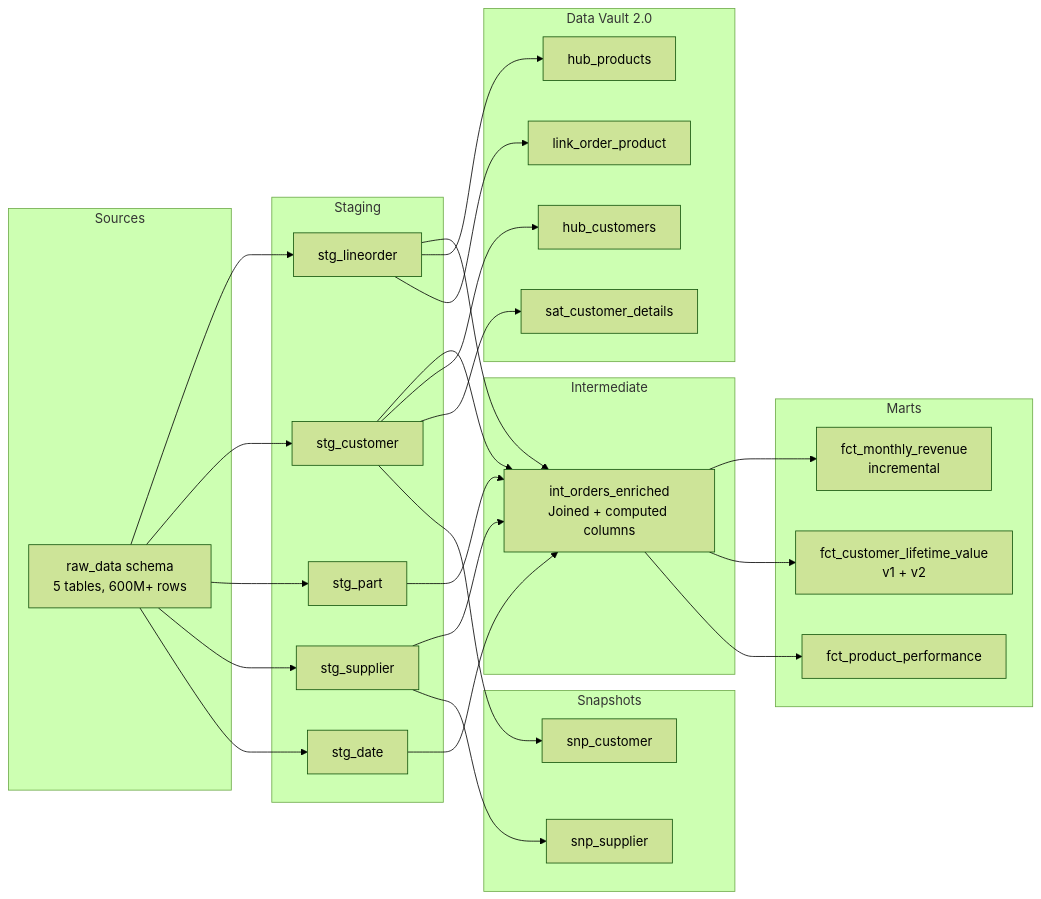
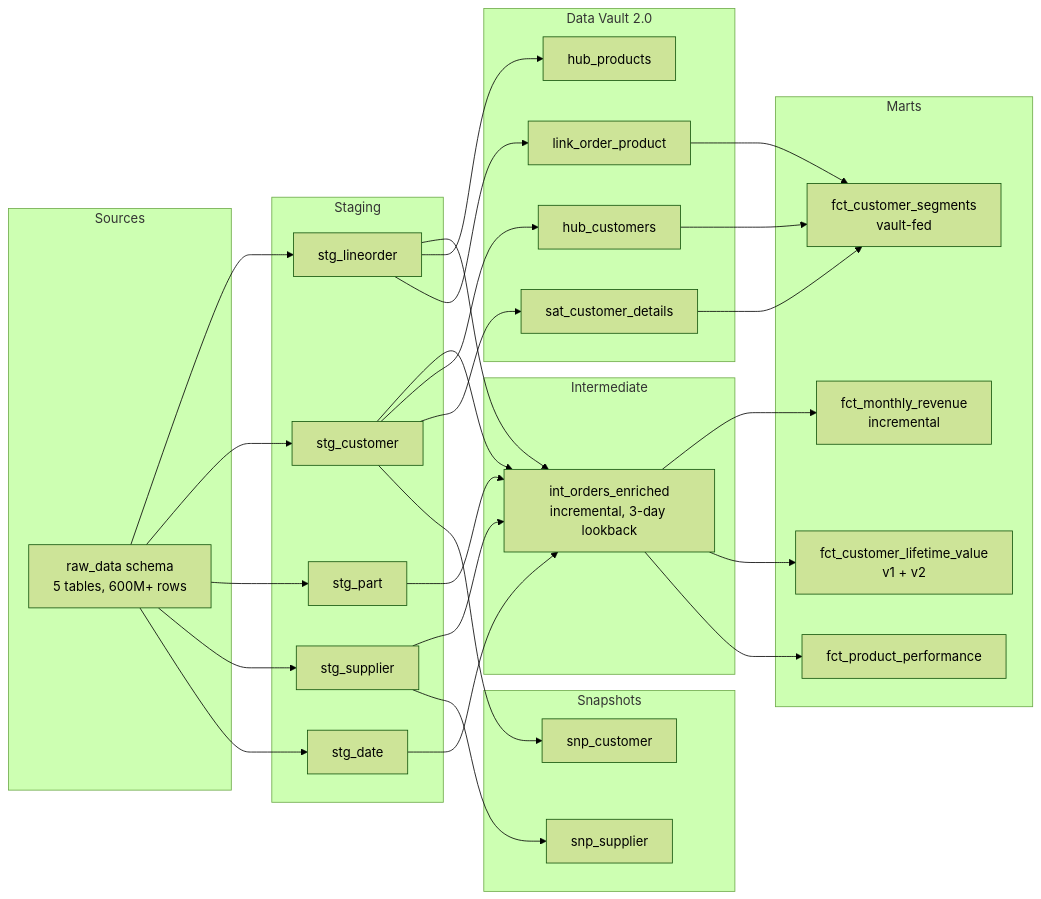
The diagram in README.md (VIVEK-JADHAV/dbt-ecommerce-warehouse), drawn with Mermaid (forest theme) before and after one commit. The commit also changed other lines of this file and 1 other file, not shown here.

Commit message:
feat: incremental models, Data Vault, model versioning, slim CI, vault-fed mart

````diff
--- a/README.md
+++ b/README.md
@@ -196,44 +202,46 @@
 ```mermaid
 graph LR
     subgraph Sources
         RAW[raw_data schema<br/>5 tables, 600M+ rows]
     end
 
     subgraph Staging
         STG_L[stg_lineorder]
         STG_C[stg_customer]
         STG_P[stg_part]
         STG_S[stg_supplier]
         STG_D[stg_date]
     end
 
     subgraph Intermediate
-        INT[int_orders_enriched<br/>Joined + computed columns]
+        INT[int_orders_enriched<br/>incremental, 3-day lookback]
     end
 
     subgraph Marts
         FCT_R[fct_monthly_revenue<br/>incremental]
         FCT_C[fct_customer_lifetime_value<br/>v1 + v2]
         FCT_P[fct_product_performance]
+        FCT_S[fct_customer_segments<br/>vault-fed]
     end
 
     subgraph Vault["Data Vault 2.0"]
         HUB_C[hub_customers]
         HUB_P[hub_products]
         LNK[link_order_product]
         SAT[sat_customer_details]
     end
 
     subgraph Snapshots
         SNP_S[snp_supplier]
         SNP_C[snp_customer]
     end
 
     RAW --> STG_L & STG_C & STG_P & STG_S & STG_D
     STG_L & STG_C & STG_P & STG_S & STG_D --> INT
     INT --> FCT_R & FCT_C & FCT_P
     STG_L --> HUB_P & LNK
     STG_C --> HUB_C & SAT
+    HUB_C & SAT & LNK --> FCT_S
     STG_S --> SNP_S
     STG_C --> SNP_C
 ```
````
